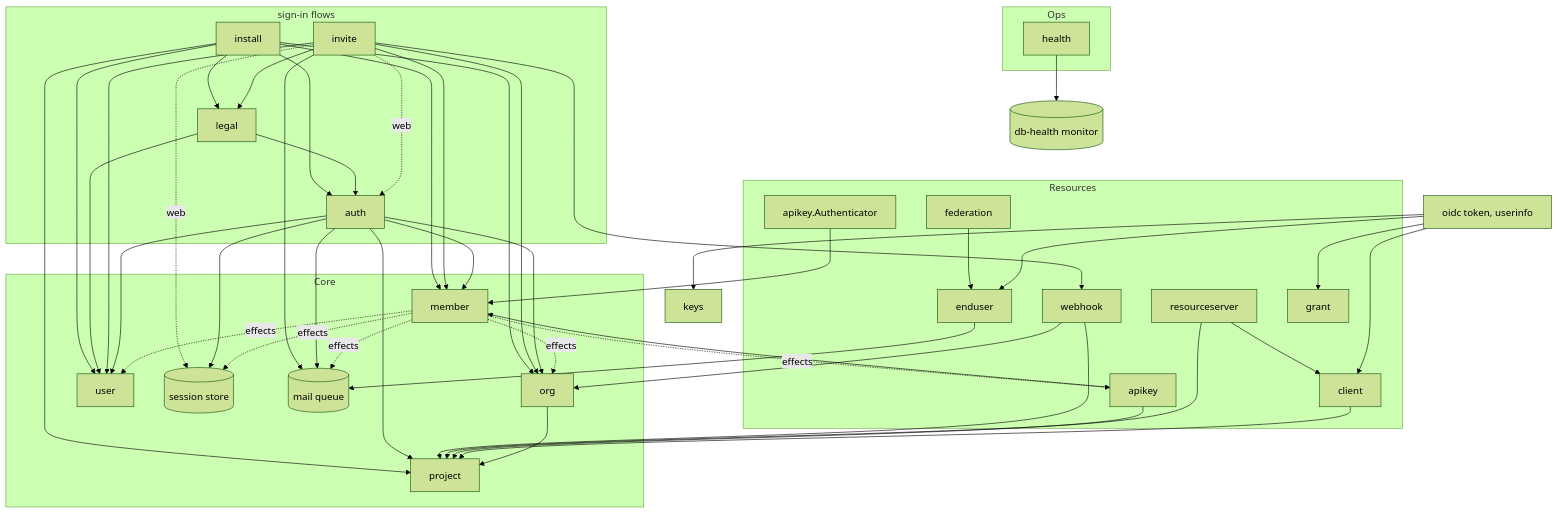
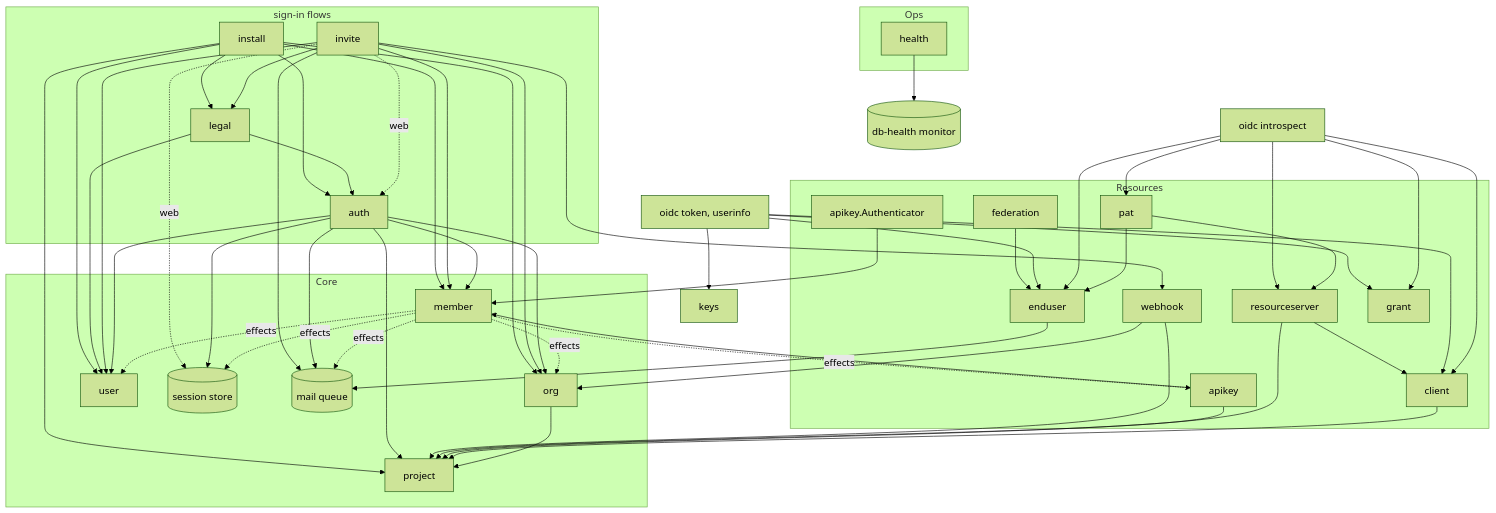
Before and after one commit to altalune-id/othra: the third of 3 diagrams in internal/boot/README.md, drawn with Mermaid (forest theme). The commit also changed other lines of this file and 637 other files, not shown here.

````diff
--- a/internal/boot/README.md
+++ b/internal/boot/README.md
@@ -128,51 +131,54 @@
 ```mermaid
 flowchart TD
     subgraph Flows["sign-in flows"]
         install
         legal
         auth
         invite
     end
     subgraph Ops
         health
     end
     subgraph Resources
         webhook
         apikey
         keyAuthn["apikey.Authenticator"]
         resourceserver
         client
         enduser
         federation
         grant
+        pat
     end
     subgraph Core
         org
         project
         member
         user
         sessions[(session store)]
         mailqueue[(mail queue)]
     end
 
     install --> auth
     legal --> auth
     install --> user & org & member & project & legal
     legal --> user
     invite --> member & user & org & mailqueue & webhook & legal
     invite -. web .-> auth & sessions
     auth --> user & member & org & project & sessions & mailqueue
 
     webhook --> project & org
     apikey --> project & member
     keyAuthn --> member
     resourceserver --> project & client
     client --> project
     enduser --> mailqueue
     federation --> enduser
     tokens["oidc token, userinfo"] --> client & grant & enduser & keys
+    introspect["oidc introspect"] --> resourceserver & pat & grant & client & enduser
+    pat --> resourceserver & enduser
     member -. effects .-> sessions & apikey & user & org & mailqueue
     health --> dbh[(db-health monitor)]
 
     org --> project
 ```
````
